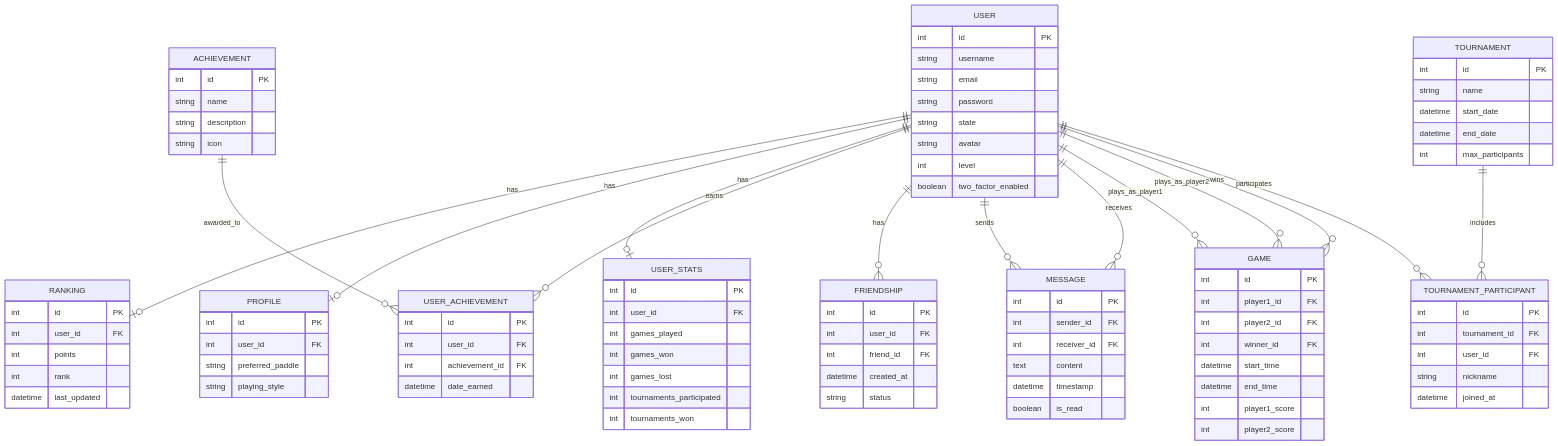
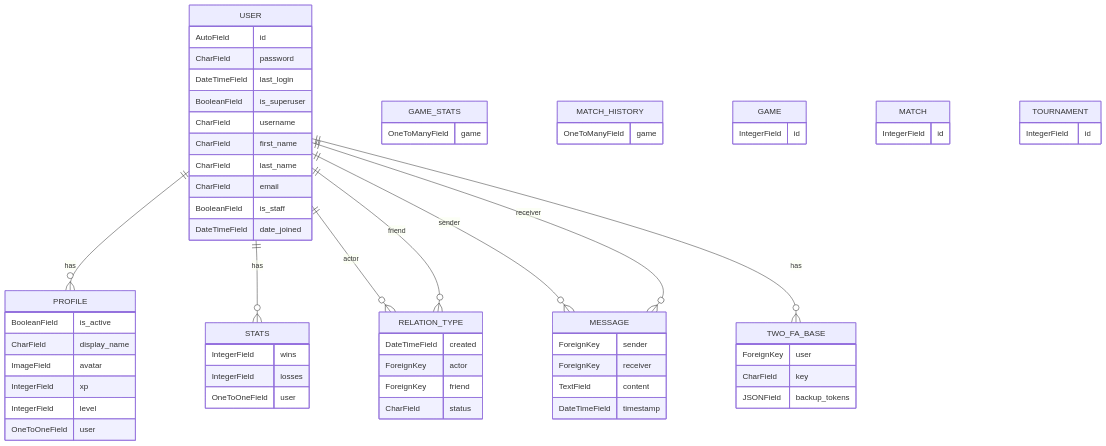
One commit to oumaima-aarabe/ft_transcendence changed the diagram in README.md. Above: the diagram before and after it, drawn with Mermaid.

````diff
--- a/README.md
+++ b/README.md
@@ -97,110 +97,83 @@
 ```mermaid
+
 erDiagram
-    USER ||--o| RANKING : has
-    USER ||--o| PROFILE : has
-    USER ||--o| USER_STATS : has
-    USER ||--o{ USER_ACHIEVEMENT : earns
-    USER ||--o{ FRIENDSHIP : has
-    USER ||--o{ MESSAGE : sends
-    USER ||--o{ MESSAGE : receives
-    USER ||--o{ GAME : plays_as_player1
-    USER ||--o{ GAME : plays_as_player2
-    USER ||--o{ GAME : wins
-    USER ||--o{ TOURNAMENT_PARTICIPANT : participates
-    ACHIEVEMENT ||--o{ USER_ACHIEVEMENT : awarded_to
-    TOURNAMENT ||--o{ TOURNAMENT_PARTICIPANT : includes
-
     USER {
-        int id PK
-        string username
-        string email
-        string password
-        string state
-        string avatar
-        int level
-        boolean two_factor_enabled
+        AutoField id
+        CharField password
+        DateTimeField last_login
+        BooleanField is_superuser
+        CharField username
+        CharField first_name
+        CharField last_name
+        CharField email
+        BooleanField is_staff
+        DateTimeField date_joined
+    }
+    
+    PROFILE {
+        BooleanField is_active
+        CharField display_name
+        ImageField avatar
+        IntegerField xp
+        IntegerField level
+        OneToOneField user
     }
 
-    RANKING {
-        int id PK
-        int user_id FK
-        int points
-        int rank
-        datetime last_updated
+    STATS {
+        IntegerField wins
+        IntegerField losses
+        OneToOneField user
     }
 
-    PROFILE {
-        int id PK
-        int user_id FK
-        string preferred_paddle
-        string playing_style
-    }
-
-    USER_STATS {
-        int id PK
-        int user_id FK
-        int games_played
-        int games_won
-        int games_lost
-        int tournaments_participated
-        int tournaments_won
-    }
-
-    ACHIEVEMENT {
-        int id PK
-        string name
-        string description
-        string icon
-    }
-
-    USER_ACHIEVEMENT {
-        int id PK
-        int user_id FK
-        int achievement_id FK
-        datetime date_earned
-    }
-
-    FRIENDSHIP {
-        int id PK
-        int user_id FK
-        int friend_id FK
-        datetime created_at
-        string status
+    RELATION_TYPE {
+        DateTimeField created
+        ForeignKey actor
+        ForeignKey friend
+        CharField status
     }
 
     MESSAGE {
-        int id PK
-        int sender_id FK
-        int receiver_id FK
-        text content
-        datetime timestamp
-        boolean is_read
+        ForeignKey sender
+        ForeignKey receiver
+        TextField content
+        DateTimeField timestamp
+    }
+
+    TWO_FA_BASE {
+        ForeignKey user
+        CharField key
+        JSONField backup_tokens
+    }
+
+    GAME_STATS {
+        OneToManyField game
+    }
+
+    MATCH_HISTORY {
+        OneToManyField game
     }
 
     GAME {
-        int id PK
-        int player1_id FK
-        int player2_id FK
-        int winner_id FK
-        datetime start_time
-        datetime end_time
-        int player1_score
-        int player2_score
+        IntegerField id
     }
 
+    MATCH {
+    IntegerField id
+    }
+    
+
+
     TOURNAMENT {
-        int id PK
-        string name
-        datetime start_date
-        datetime end_date
-        int max_participants
+    IntegerField id
     }
 
-    TOURNAMENT_PARTICIPANT {
-        int id PK
-        int tournament_id FK
-        int user_id FK
-        string nickname
-        datetime joined_at
-    }
+    USER ||--o{ PROFILE : has
+    USER ||--o{ STATS : has
+    USER ||--o{ RELATION_TYPE : "actor"
+    USER ||--o{ RELATION_TYPE : "friend"
+    USER ||--o{ MESSAGE : "sender"
+    USER ||--o{ MESSAGE : "receiver"
+    USER ||--o{ TWO_FA_BASE : has
+
+
 ```
````
